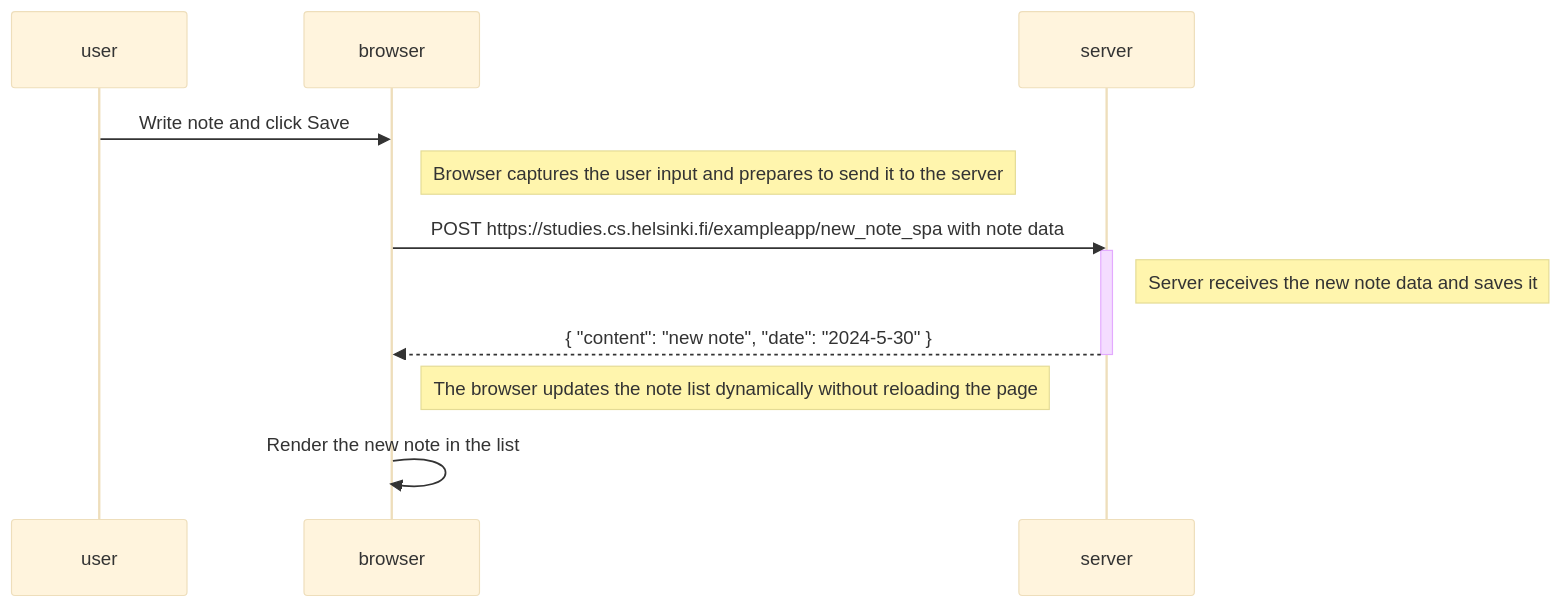
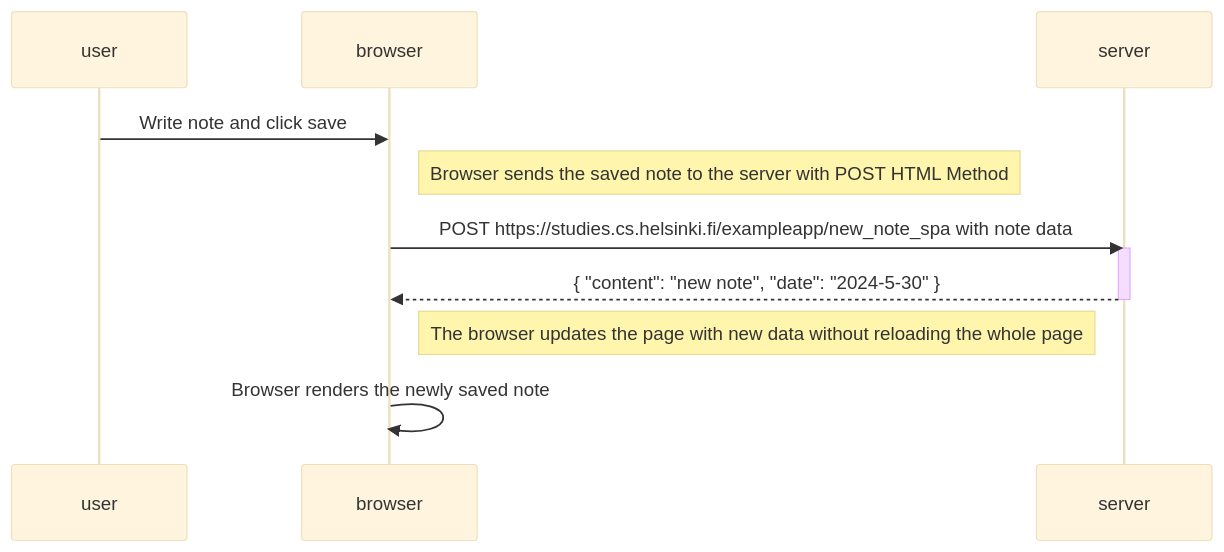
The diagram in part0/0.6.md (ST-KO/fullstackopen), drawn with Mermaid (base theme) before and after one commit. The commit also changed 2 other files, not shown here.

Commit message:
assignment 0.6

````diff
--- a/part0/0.6.md
+++ b/part0/0.6.md
@@ -1,19 +1,20 @@
 ```mermaid
 sequenceDiagram
     participant user
     participant browser
     participant server
 
-    user->>browser: Write note and click Save
-    Note right of browser: Browser captures the user input and prepares to send it to the server
+    user->>browser: Write note and click save
+
+    Note right of browser: Browser sends the saved note to the server with POST  HTML Method
 
     browser->>server: POST https://studies.cs.helsinki.fi/exampleapp/new_note_spa with note data
     activate server
-    Note right of server: Server receives the new note data and saves it
     server-->>browser: { "content": "new note", "date": "2024-5-30" }
     deactivate server
 
-    Note right of browser: The browser updates the note list dynamically without reloading the page
-    browser->>browser: Render the new note in the list
+    Note right of browser: The browser updates the page with new data without reloading the whole page
+
+    browser->>browser: Browser renders the newly saved note
 
 ```
````
